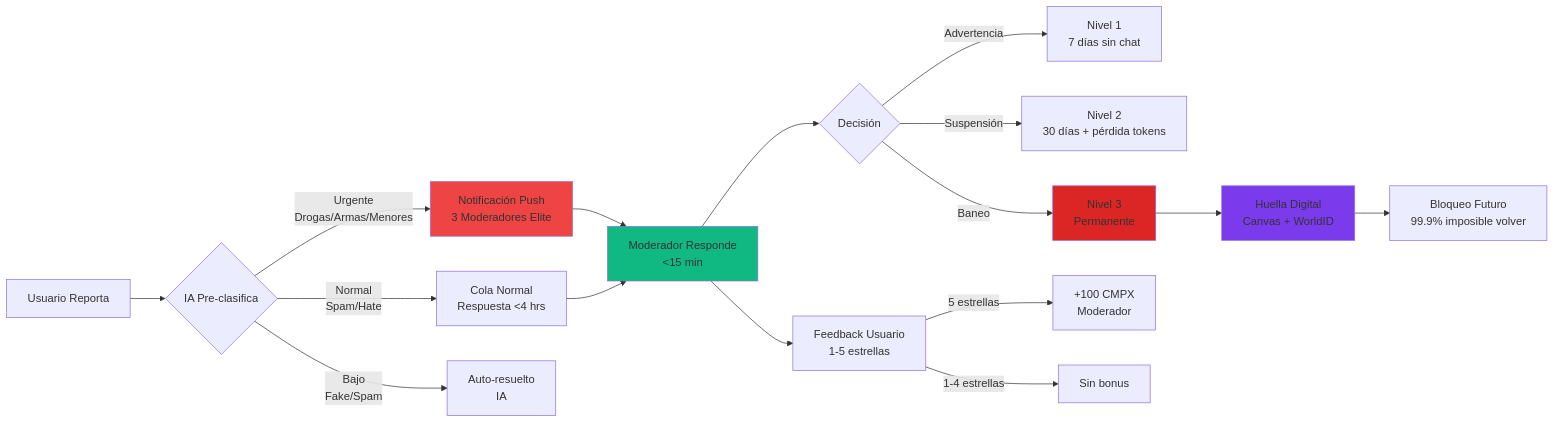
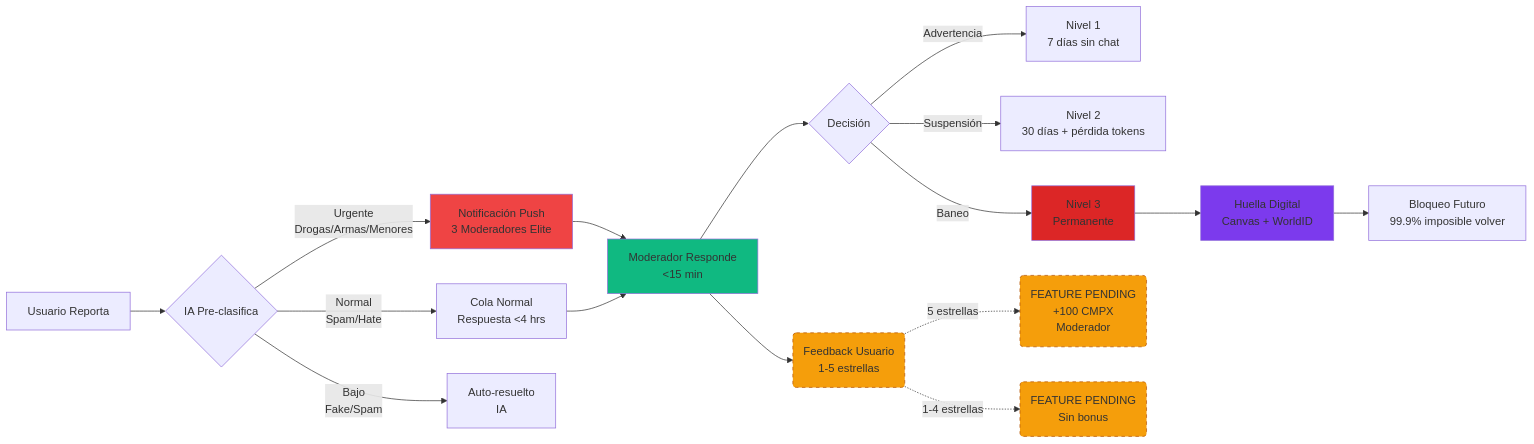
The third of 6 diagrams in DIAGRAMAS_FLUJOS_v3.5.0.md (Complicessconecta/ComplicesConecta), drawn with Mermaid before and after one commit. The commit also changed other lines of this file and 97 other files, not shown here.

````diff
--- a/DIAGRAMAS_FLUJOS_v3.5.0.md
+++ b/DIAGRAMAS_FLUJOS_v3.5.0.md
@@ -104,26 +104,30 @@
 ```mermaid
 flowchart LR
     A[Usuario Reporta] --> B{IA Pre-clasifica}
     B -->|Urgente<br/>Drogas/Armas/Menores| C[Notificación Push<br/>3 Moderadores Elite]
     B -->|Normal<br/>Spam/Hate| D[Cola Normal<br/>Respuesta <4 hrs]
     B -->|Bajo<br/>Fake/Spam| E[Auto-resuelto<br/>IA]
     
     C --> F[Moderador Responde<br/><15 min]
     D --> F
     F --> G{Decisión}
     G -->|Advertencia| H[Nivel 1<br/>7 días sin chat]
     G -->|Suspensión| I[Nivel 2<br/>30 días + pérdida tokens]
     G -->|Baneo| J[Nivel 3<br/>Permanente]
     
     J --> K[Huella Digital<br/>Canvas + WorldID]
     K --> L[Bloqueo Futuro<br/>99.9% imposible volver]
     
-    F --> M[Feedback Usuario<br/>1-5 estrellas]
-    M -->|5 estrellas| N[+100 CMPX<br/>Moderador]
-    M -->|1-4 estrellas| O[Sin bonus]
+    F --> M(Feedback Usuario<br/>1-5 estrellas)
+    M -.->|5 estrellas| N(FEATURE PENDING<br/>+100 CMPX<br/>Moderador)
+    M -.->|1-4 estrellas| O(FEATURE PENDING<br/>Sin bonus)
+    
+    style M fill:#f59e0b,stroke:#b45309,stroke-dasharray: 5 5
+    style N fill:#f59e0b,stroke:#b45309,stroke-dasharray: 5 5
+    style O fill:#f59e0b,stroke:#b45309,stroke-dasharray: 5 5
     
     style C fill:#ef4444
     style F fill:#10b981
     style J fill:#dc2626
     style K fill:#7c3aed
 ```
````
